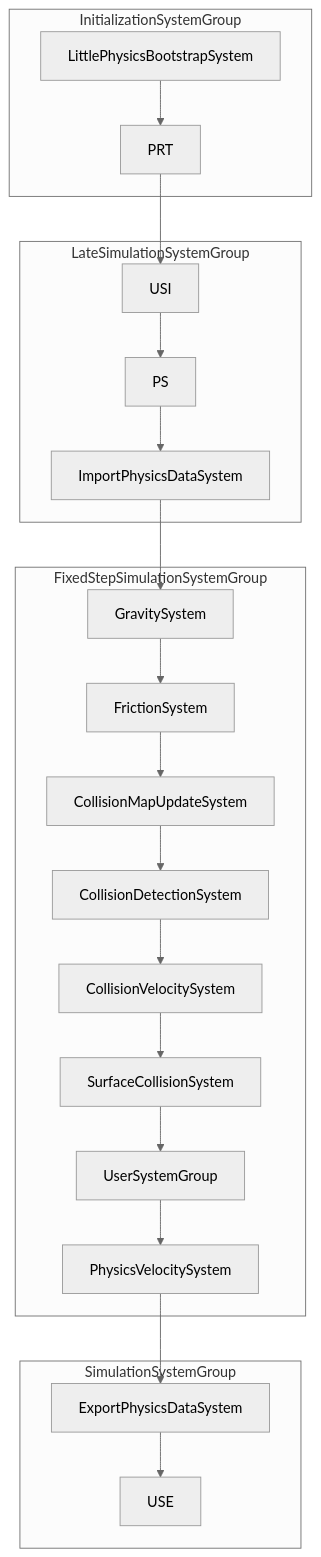
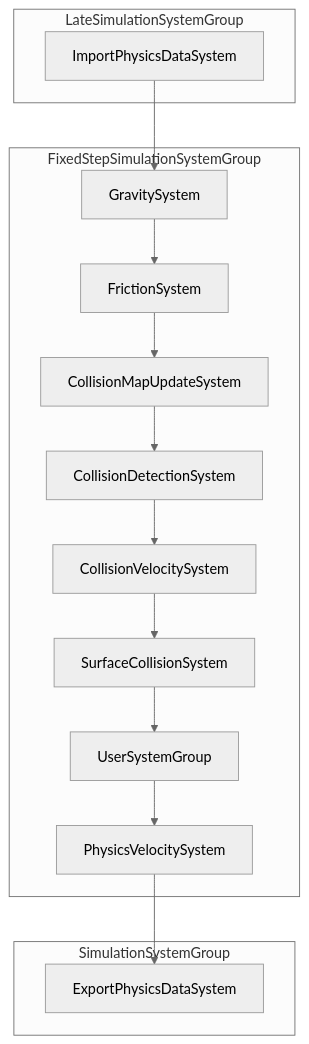
The diagram in docs/pipeline/index.md (zhirnovcodes/LittlePhysicsDocs), drawn with Mermaid (neutral theme) before and after one commit. The commit also changed other lines of this file, not shown here.

Commit message:
pipeline fixed

````diff
--- a/docs/pipeline/index.md
+++ b/docs/pipeline/index.md
@@ -20,33 +20,25 @@
 ```mermaid
 flowchart TB
-    subgraph init [InitializationSystemGroup]
-        BS[LittlePhysicsBootstrapSystem]
-        BS --> PRT
-    end
-
     subgraph late [LateSimulationSystemGroup]
         IPS[ImportPhysicsDataSystem]
-        USI --> PS --> IPS
     end
 
     subgraph fixed [FixedStepSimulationSystemGroup]
         G[GravitySystem]
         F[FrictionSystem]
         CM[CollisionMapUpdateSystem]
         CD[CollisionDetectionSystem]
         CV[CollisionVelocitySystem]
         SC[SurfaceCollisionSystem]
         USM[UserSystemGroup]
         PV[PhysicsVelocitySystem]
         G --> F --> CM --> CD --> CV --> SC --> USM --> PV
     end
 
     subgraph sim [SimulationSystemGroup]
         EPS[ExportPhysicsDataSystem]
-        EPS --> USE
     end
 
-    PRT --> USI
     IPS --> G
     PV --> EPS
 ```
````
